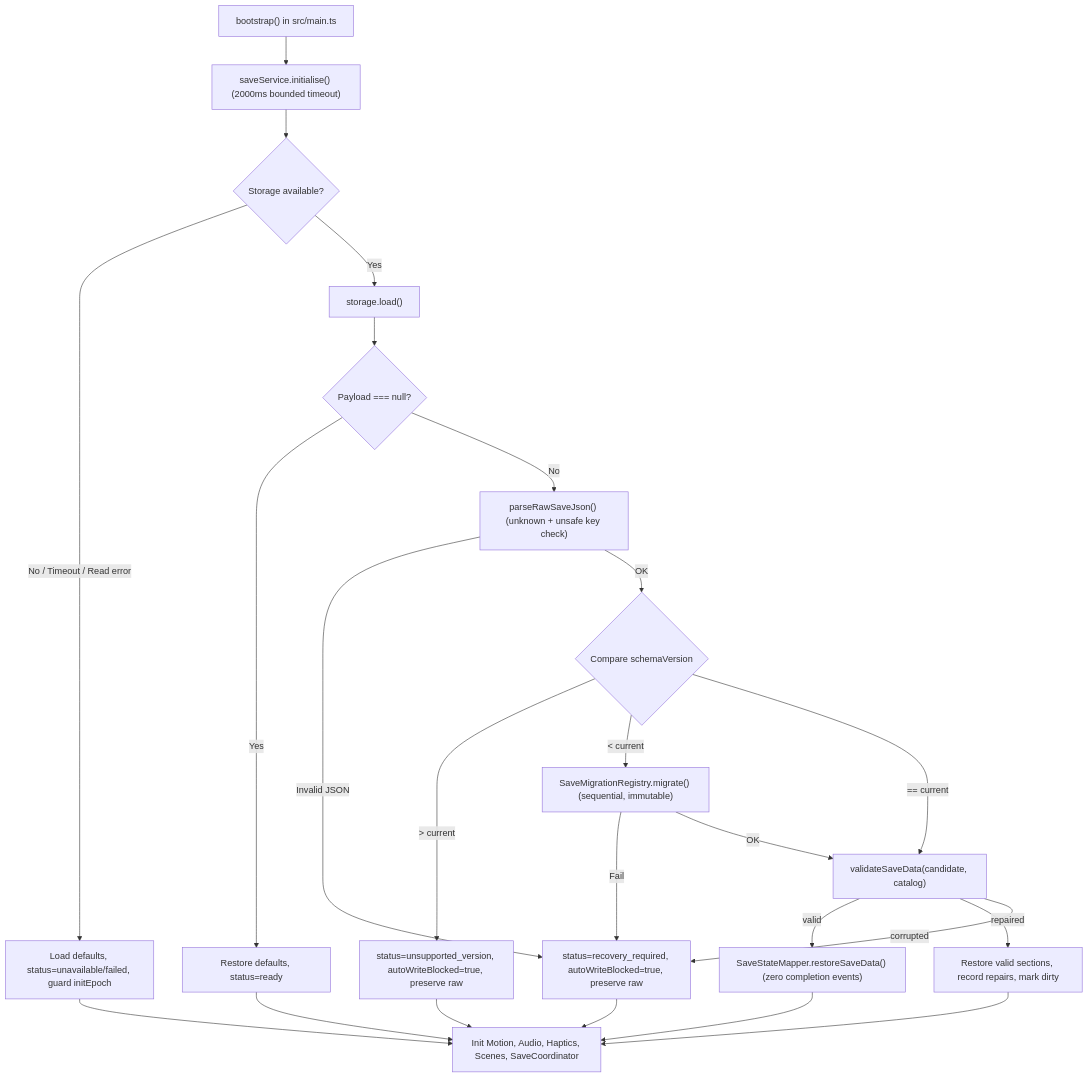
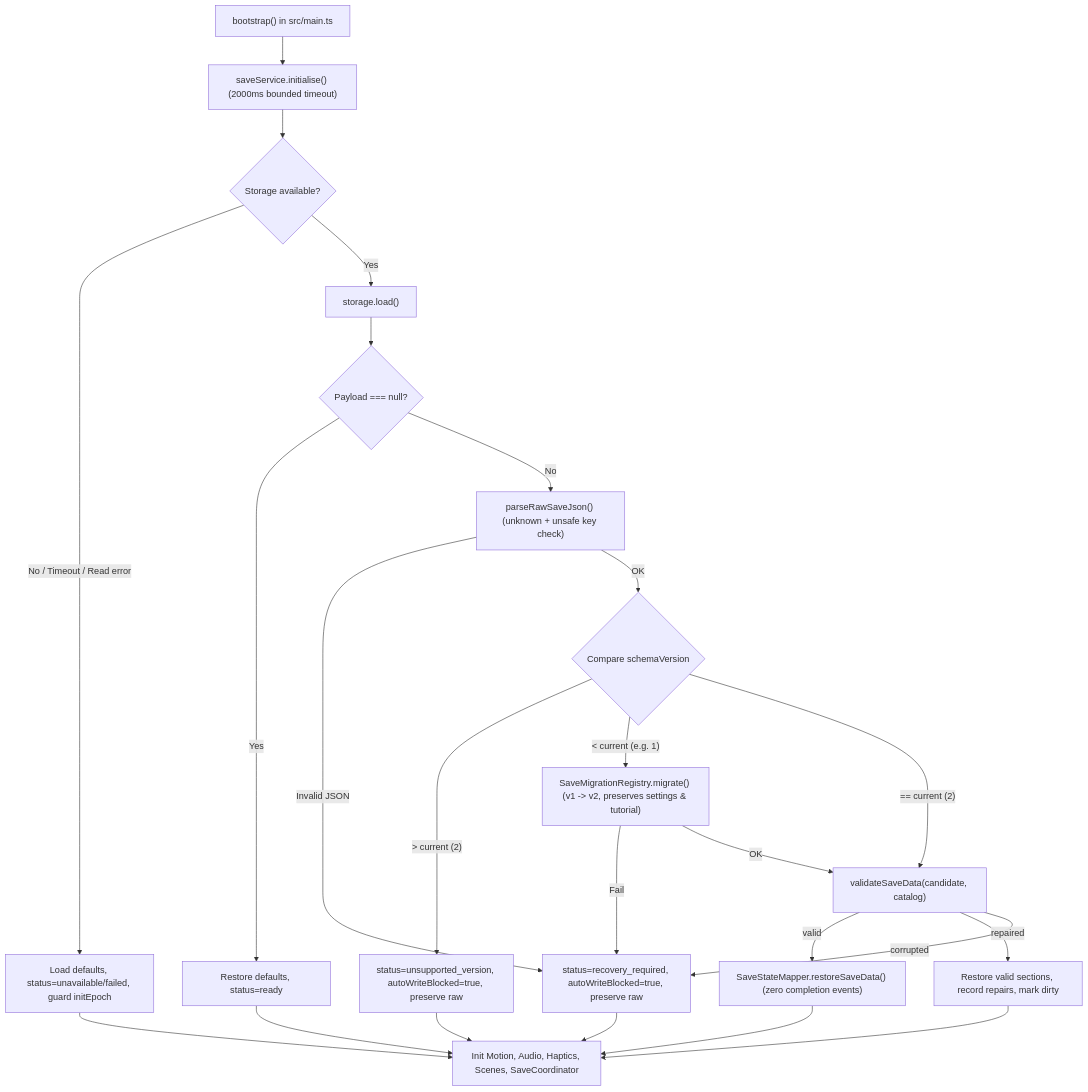
One commit to Felix-Red/BottleShuffle changed the diagram in docs/PERSISTENCE.md. Above: the diagram before and after it, drawn with Mermaid. The commit also changed other lines of this file and 75 other files, not shown here.

````diff
--- a/docs/PERSISTENCE.md
+++ b/docs/PERSISTENCE.md
@@ -95,26 +110,26 @@
 ```mermaid
 flowchart TD
     Boot["bootstrap() in src/main.ts"] --> Init["saveService.initialise() (2000ms bounded timeout)"]
     Init --> CheckAvail{"Storage available?"}
     CheckAvail -- "No / Timeout / Read error" --> TempFallback["Load defaults, status=unavailable/failed, guard initEpoch"]
     CheckAvail -- "Yes" --> Load["storage.load()"]
     Load --> Missing{"Payload === null?"}
     Missing -- "Yes" --> Defaults["Restore defaults, status=ready"]
     Missing -- "No" --> Parse["parseRawSaveJson() (unknown + unsafe key check)"]
     Parse -- "Invalid JSON" --> Corrupt["status=recovery_required, autoWriteBlocked=true, preserve raw"]
     Parse -- "OK" --> Version{"Compare schemaVersion"}
-    Version -- "> current" --> Future["status=unsupported_version, autoWriteBlocked=true, preserve raw"]
-    Version -- "< current" --> Migrate["SaveMigrationRegistry.migrate() (sequential, immutable)"]
+    Version -- "> current (2)" --> Future["status=unsupported_version, autoWriteBlocked=true, preserve raw"]
+    Version -- "< current (e.g. 1)" --> Migrate["SaveMigrationRegistry.migrate() (v1 -> v2, preserves settings & tutorial)"]
     Migrate -- "Fail" --> Corrupt
     Migrate -- "OK" --> Validate["validateSaveData(candidate, catalog)"]
-    Version -- "== current" --> Validate
+    Version -- "== current (2)" --> Validate
     Validate -- "valid" --> Restore["SaveStateMapper.restoreSaveData() (zero completion events)"]
     Validate -- "repaired" --> RepairRestore["Restore valid sections, record repairs, mark dirty"]
     Validate -- "corrupted" --> Corrupt
     Restore --> Services["Init Motion, Audio, Haptics, Scenes, SaveCoordinator"]
     RepairRestore --> Services
     Defaults --> Services
     TempFallback --> Services
     Corrupt --> Services
     Future --> Services
 ```
````
